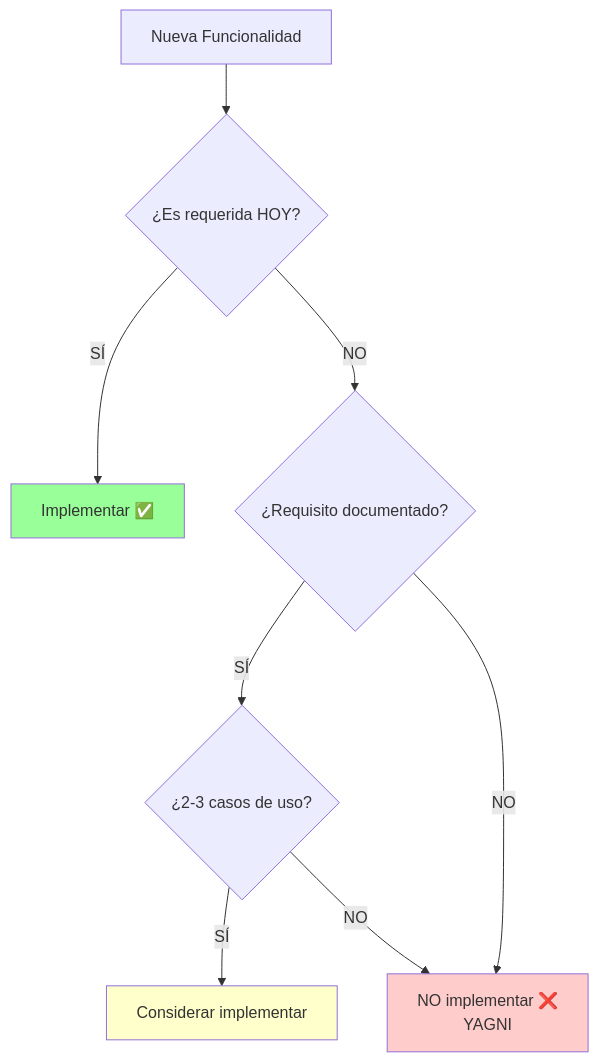
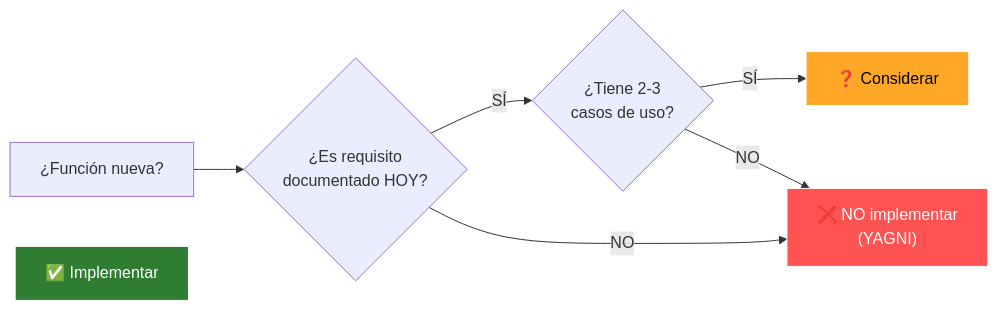
One commit to JhonLaurens/KISS-YAGNI changed the tenth of 10 diagrams in DIAGRAMAS_C4.md. Above: the diagram before and after it, drawn with Mermaid. The commit also changed other lines of this file, not shown here.

Commit message:
Mejorar contraste de diagramas para tema oscuro

````diff
--- a/DIAGRAMAS_C4.md
+++ b/DIAGRAMAS_C4.md
@@ -292,14 +306,19 @@
 ```mermaid
-graph TD
-    A[Nueva Funcionalidad] --> B{¿Es requerida HOY?}
-    B -->|SÍ| C[Implementar ✅]
-    B -->|NO| D{¿Requisito documentado?}
-    D -->|SÍ| E{¿2-3 casos de uso?}
-    D -->|NO| F[NO implementar ❌<br/>YAGNI]
-    E -->|SÍ| G[Considerar implementar]
-    E -->|NO| F
-    
-    style C fill:#99ff99
-    style F fill:#ffcccc
-    style G fill:#ffffcc
+graph LR
+    A["¿Función nueva?"]
+    B{"¿Es requisito<br/>documentado HOY?"}
+    C{"¿Tiene 2-3<br/>casos de uso?"}
+    D["✅ Implementar"]
+    E["❌ NO implementar<br/>(YAGNI)"]
+    F["❓ Considerar"]
+
+    A --> B
+    B -->|SÍ| C
+    B -->|NO| E
+    C -->|SÍ| F
+    C -->|NO| E
+
+    style D fill:#2e7d32,color:#fff,stroke:#fff
+    style E fill:#ff5252,color:#fff,stroke:#fff
+    style F fill:#ffa726,color:#000,stroke:#fff
 ```
````
